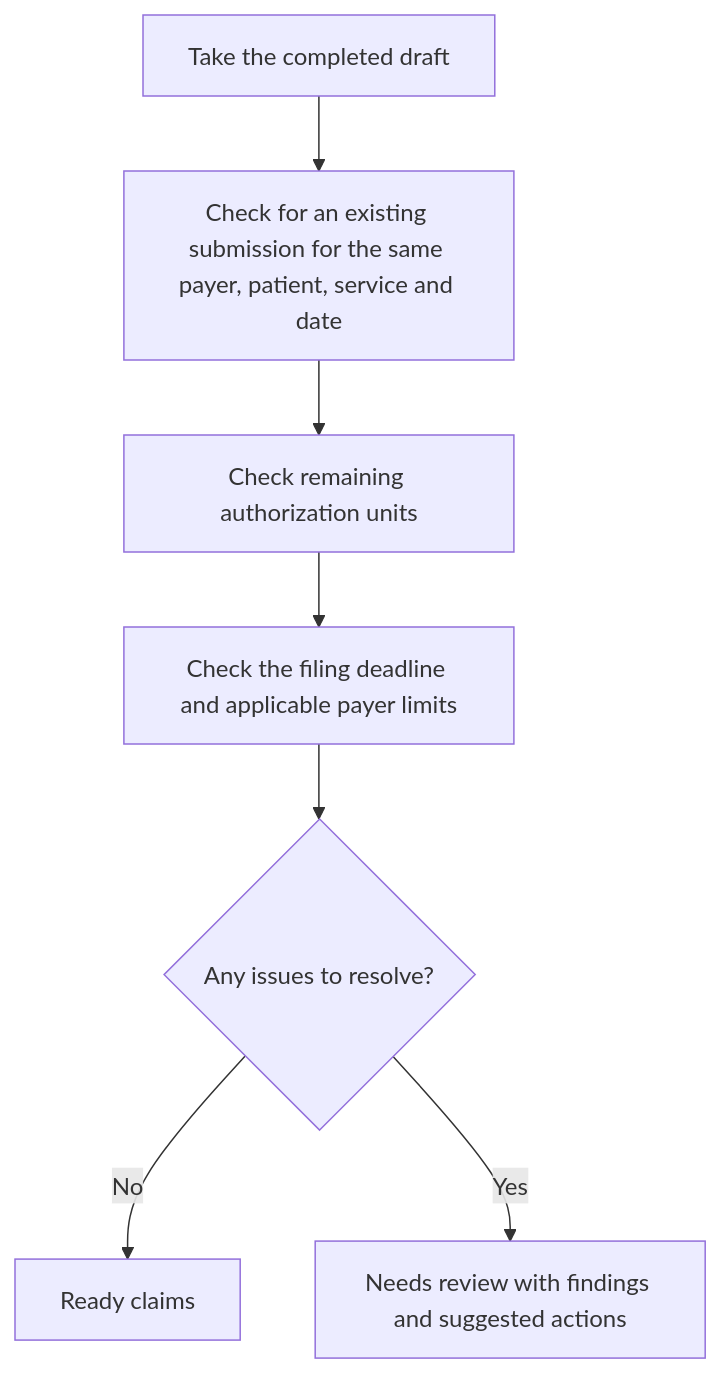
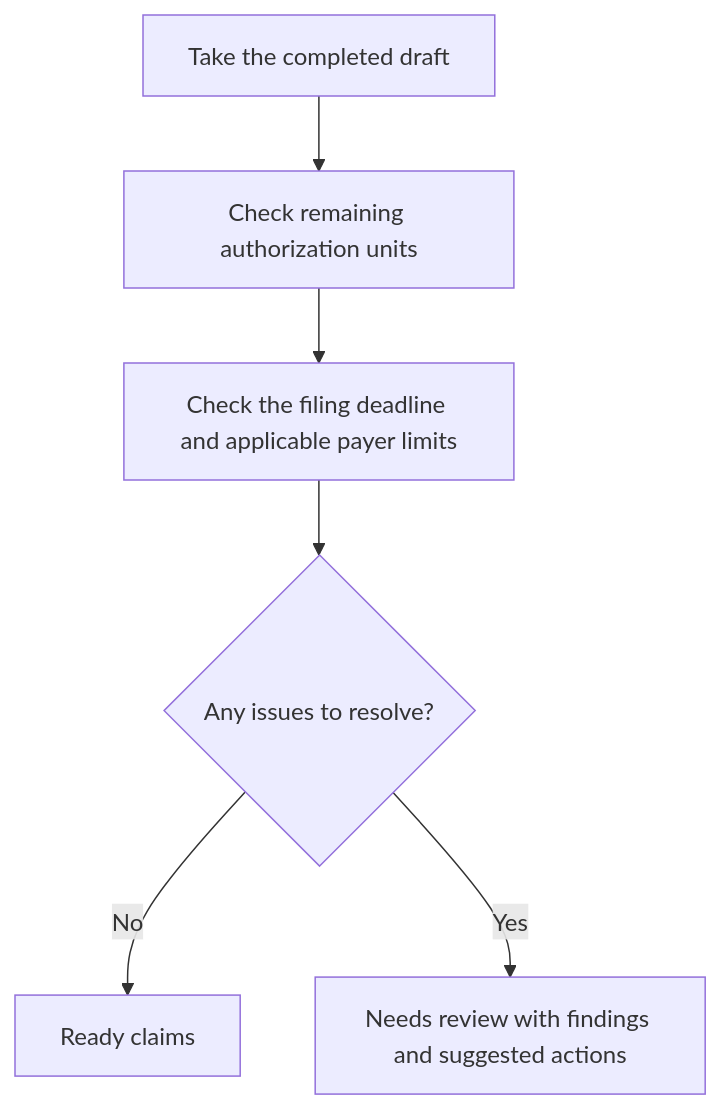
One commit to Mariam-18/exchange4health-claims changed the second of 2 diagrams in drafter/README.md. Above: the diagram before and after it, drawn with Mermaid. The commit also changed other lines of this file and 3 other files, not shown here.

````diff
--- a/drafter/README.md
+++ b/drafter/README.md
@@ -22,9 +23,8 @@
 ```mermaid
 flowchart TD
-    A["Take the completed draft"] --> B["Check for an existing submission for the same payer, patient, service and date"]
-    B --> C["Check remaining authorization units"]
+    A["Take the completed draft"] --> C["Check remaining authorization units"]
     C --> D["Check the filing deadline and applicable payer limits"]
     D --> E{"Any issues to resolve?"}
     E -->|No| F["Ready claims"]
     E -->|Yes| G["Needs review with findings and suggested actions"]
 ```
````
